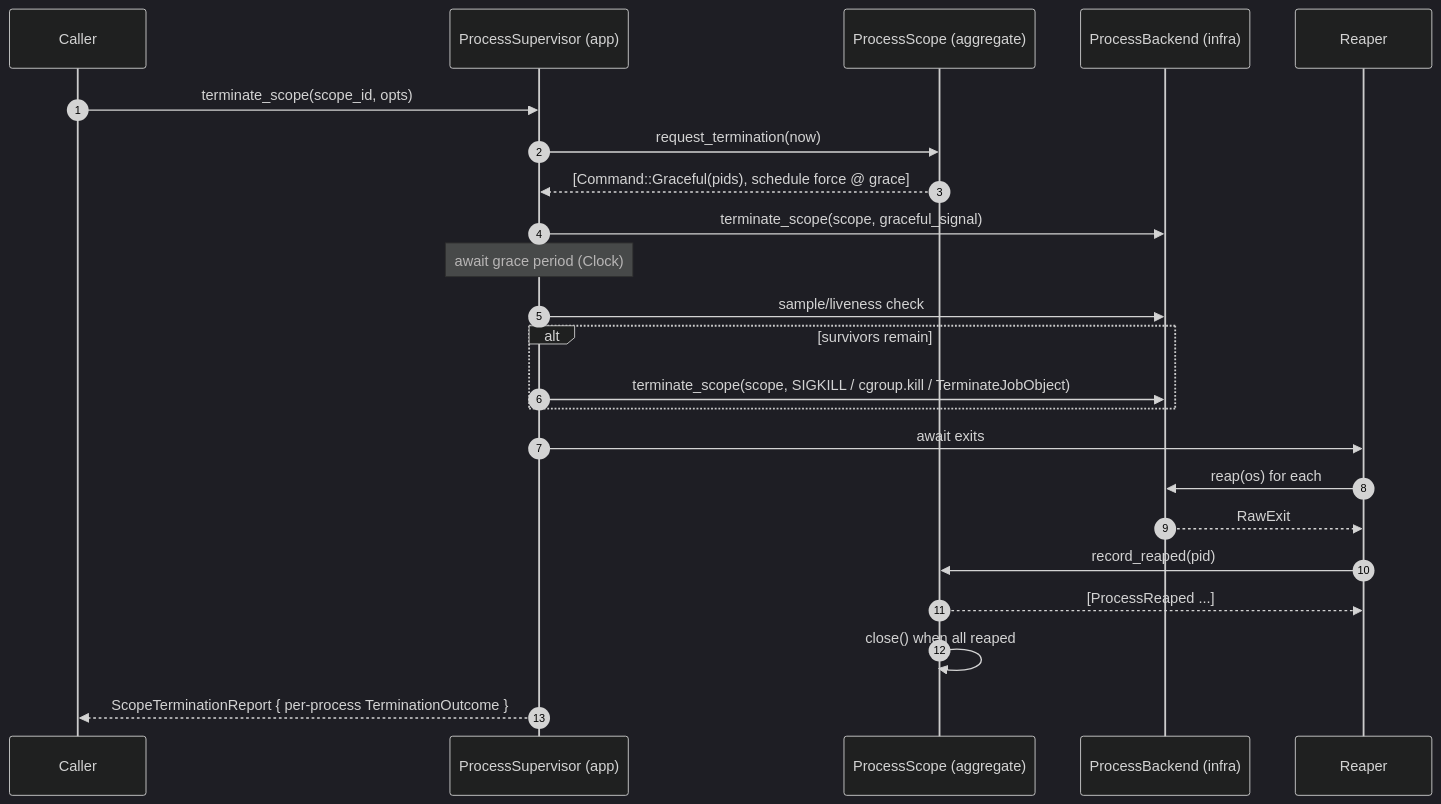
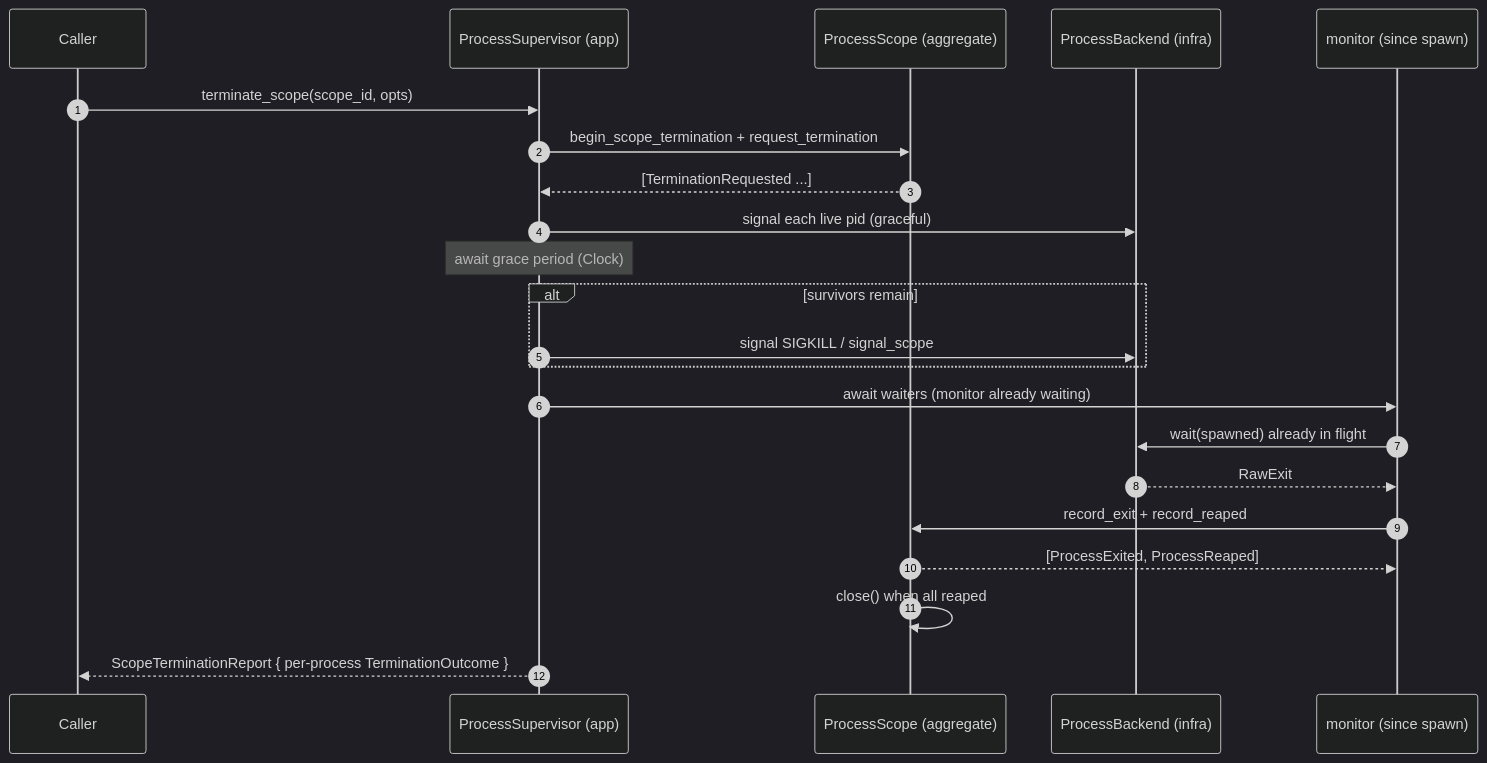
The fifth of 8 diagrams in docs/DIAGRAMS.md (nessalabs/shepherd), drawn with Mermaid (dark theme) before and after one commit. The commit also changed other lines of this file and 60 other files, not shown here.

````diff
--- a/docs/DIAGRAMS.md
+++ b/docs/DIAGRAMS.md
@@ -282,26 +283,25 @@
 ```mermaid
 sequenceDiagram
     autonumber
     participant C as Caller
     participant S as ProcessSupervisor (app)
     participant A as ProcessScope (aggregate)
     participant B as ProcessBackend (infra)
-    participant R as Reaper
+    participant M as monitor (since spawn)
 
     C->>S: terminate_scope(scope_id, opts)
-    S->>A: request_termination(now)
-    A-->>S: [Command::Graceful(pids), schedule force @ grace]
-    S->>B: terminate_scope(scope, graceful_signal)
+    S->>A: begin_scope_termination + request_termination
+    A-->>S: [TerminationRequested ...]
+    S->>B: signal each live pid (graceful)
     Note over S: await grace period (Clock)
-    S->>B: sample/liveness check
     alt survivors remain
-        S->>B: terminate_scope(scope, SIGKILL / cgroup.kill / TerminateJobObject)
+        S->>B: signal SIGKILL / signal_scope
     end
-    S->>R: await exits
-    R->>B: reap(os) for each
-    B-->>R: RawExit
-    R->>A: record_reaped(pid)
-    A-->>R: [ProcessReaped ...]
+    S->>M: await waiters (monitor already waiting)
+    M->>B: wait(spawned) already in flight
+    B-->>M: RawExit
+    M->>A: record_exit + record_reaped
+    A-->>M: [ProcessExited, ProcessReaped]
     A->>A: close() when all reaped
     S-->>C: ScopeTerminationReport { per-process TerminationOutcome }
 ```
````
